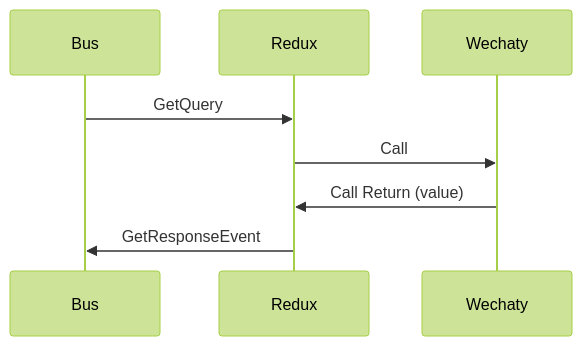
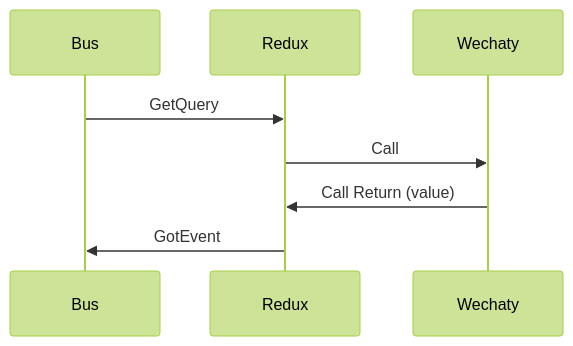
Before and after one commit to wechaty/cqrs: the third of 4 diagrams in README.md, drawn with Mermaid (forest theme). The commit also changed other lines of this file, not shown here.

````diff
--- a/README.md
+++ b/README.md
@@ -107,11 +104,11 @@
 ```mermaid
 sequenceDiagram
     participant Bus
     participant Redux
     participant Wechaty
 
     Bus->>Redux: GetQuery
     Redux->>Wechaty: Call
     Wechaty->>Redux: Call Return (value)
-    Redux->>Bus: GetResponseEvent
+    Redux->>Bus: GotEvent
 ```
````
